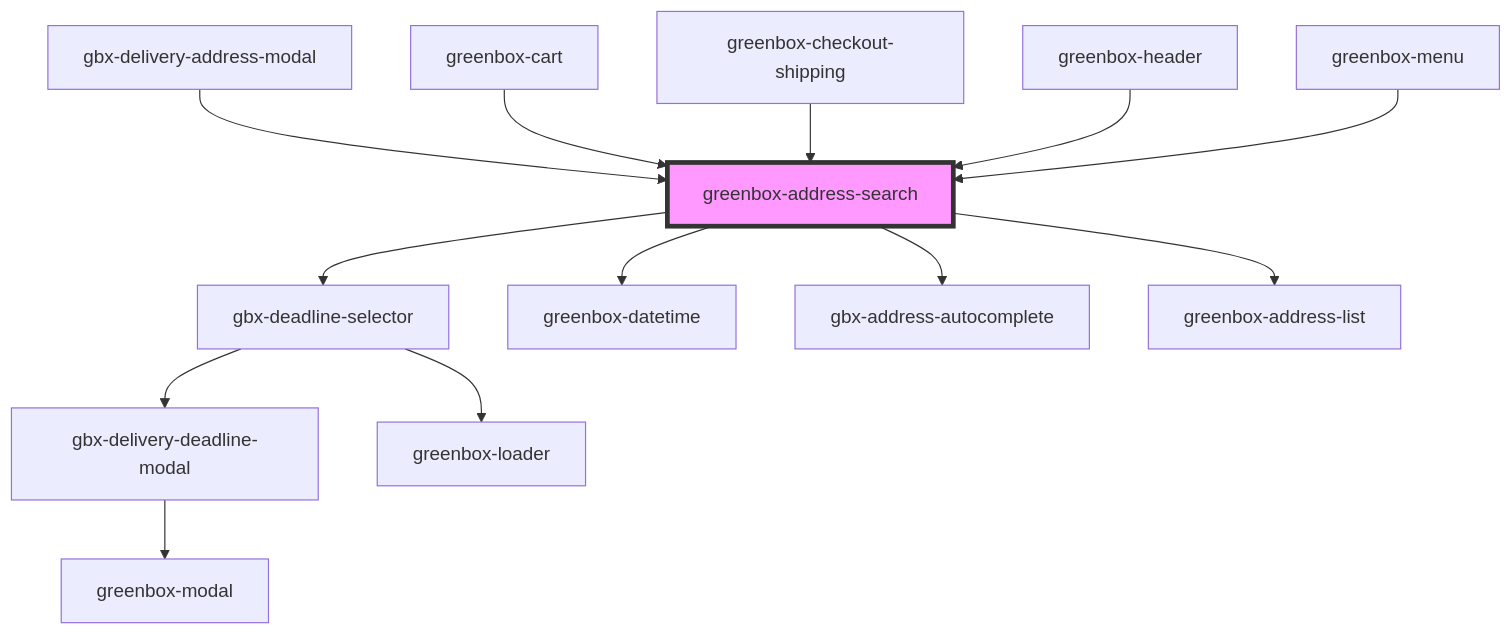
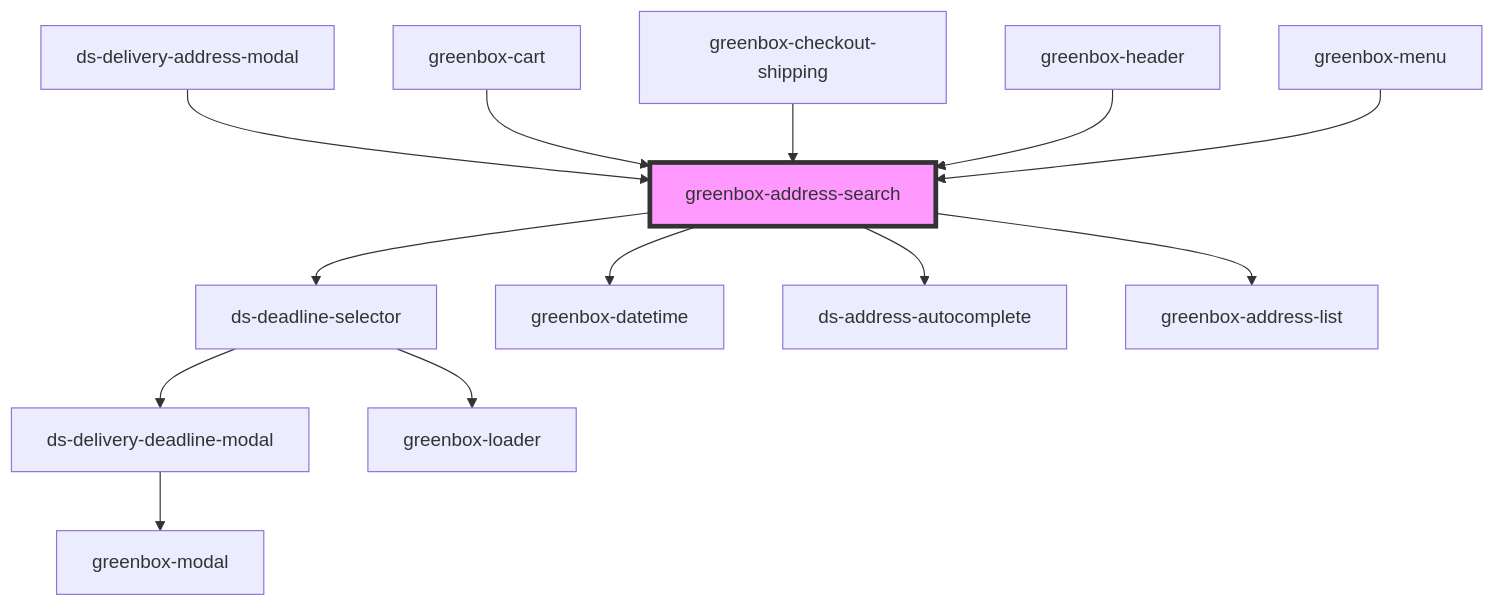
Before and after one commit to jezoock/dot-stash: the diagram in components/advanced/address/address-search/readme.md, drawn with Mermaid. The commit also changed other lines of this file and 198 other files, not shown here.

````diff
--- a/components/advanced/address/address-search/readme.md
+++ b/components/advanced/address/address-search/readme.md
@@ -43,16 +43,16 @@
 ```mermaid
 graph TD;
-  greenbox-address-search --> gbx-deadline-selector
+  greenbox-address-search --> ds-deadline-selector
   greenbox-address-search --> greenbox-datetime
-  greenbox-address-search --> gbx-address-autocomplete
+  greenbox-address-search --> ds-address-autocomplete
   greenbox-address-search --> greenbox-address-list
-  gbx-deadline-selector --> gbx-delivery-deadline-modal
-  gbx-deadline-selector --> greenbox-loader
-  gbx-delivery-deadline-modal --> greenbox-modal
-  gbx-delivery-address-modal --> greenbox-address-search
+  ds-deadline-selector --> ds-delivery-deadline-modal
+  ds-deadline-selector --> greenbox-loader
+  ds-delivery-deadline-modal --> greenbox-modal
+  ds-delivery-address-modal --> greenbox-address-search
   greenbox-cart --> greenbox-address-search
   greenbox-checkout-shipping --> greenbox-address-search
   greenbox-header --> greenbox-address-search
   greenbox-menu --> greenbox-address-search
   style greenbox-address-search fill:#f9f,stroke:#333,stroke-width:4px
 ```
````
